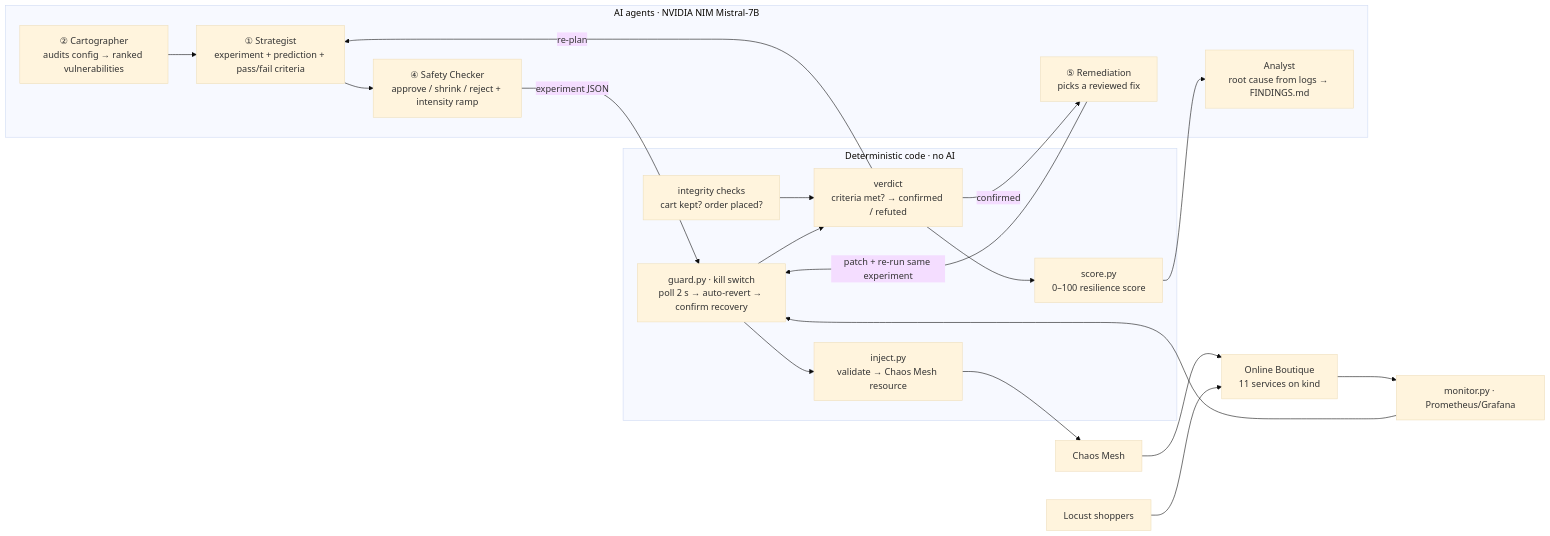
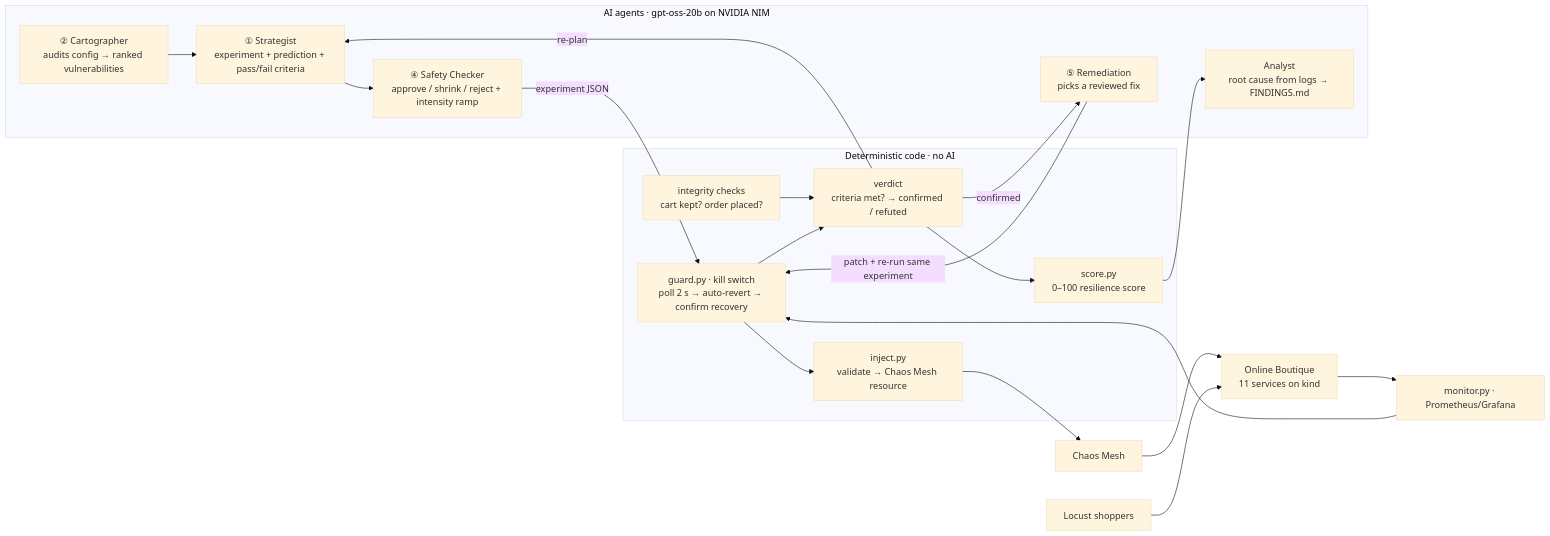
One commit to Gotha8972/FantasticFour changed the diagram in docs/ARCHITECTURE.md. Above: the diagram before and after it, drawn with Mermaid (base theme). The commit also changed other lines of this file and 25 other files, not shown here.

Commit message:
Default model: NVIDIA-hosted gpt-oss-20b; enforce A's dry-run findings in code (data-loss vs PVC, unsuitable baseline, revenue-path bounds); remediation re-runs the reviewed step; demo reset + memory steps for the final run

````diff
--- a/docs/ARCHITECTURE.md
+++ b/docs/ARCHITECTURE.md
@@ -3,24 +3,24 @@
 ```mermaid
 flowchart LR
-    subgraph AI["AI agents · NVIDIA NIM Mistral-7B"]
+    subgraph AI["AI agents · gpt-oss-20b on NVIDIA NIM"]
         CA["② Cartographer<br/>audits config → ranked vulnerabilities"] --> ST["① Strategist<br/>experiment + prediction + pass/fail criteria"]
         ST --> SC["④ Safety Checker<br/>approve / shrink / reject + intensity ramp"]
         AN["Analyst<br/>root cause from logs → FINDINGS.md"]
         RM["⑤ Remediation<br/>picks a reviewed fix"]
     end
     subgraph CODE["Deterministic code · no AI"]
         INJ["inject.py<br/>validate → Chaos Mesh resource"]
         GU["guard.py · kill switch<br/>poll 2 s → auto-revert → confirm recovery"]
         INT["integrity checks<br/>cart kept? order placed?"]
         SCO["score.py<br/>0–100 resilience score"]
         VER["verdict<br/>criteria met? → confirmed / refuted"]
     end
     SC -->|experiment JSON| GU --> INJ --> CM["Chaos Mesh"] --> APP["Online Boutique<br/>11 services on kind"]
     LG["Locust shoppers"] --> APP
     APP --> MON["monitor.py · Prometheus/Grafana"] --> GU
     INT --> VER
     GU --> VER --> SCO
     VER -->|re-plan| ST
     VER -->|confirmed| RM -->|patch + re-run same experiment| GU
     SCO --> AN
 ```
````
